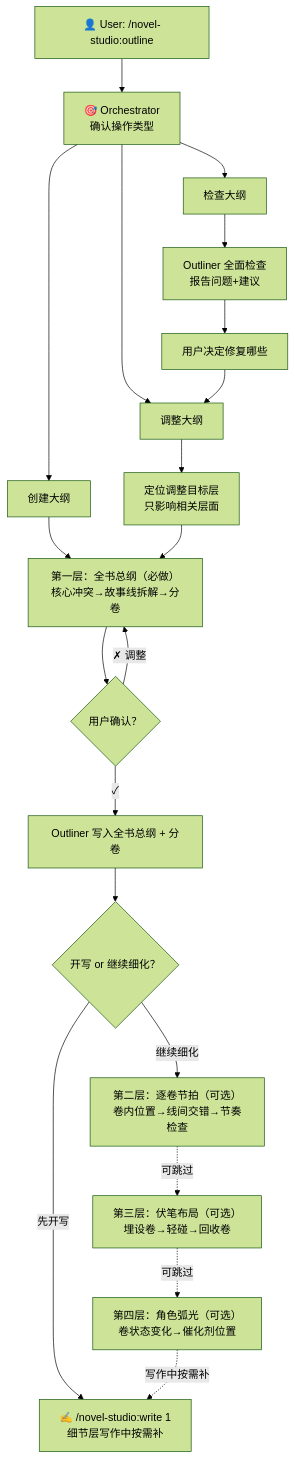
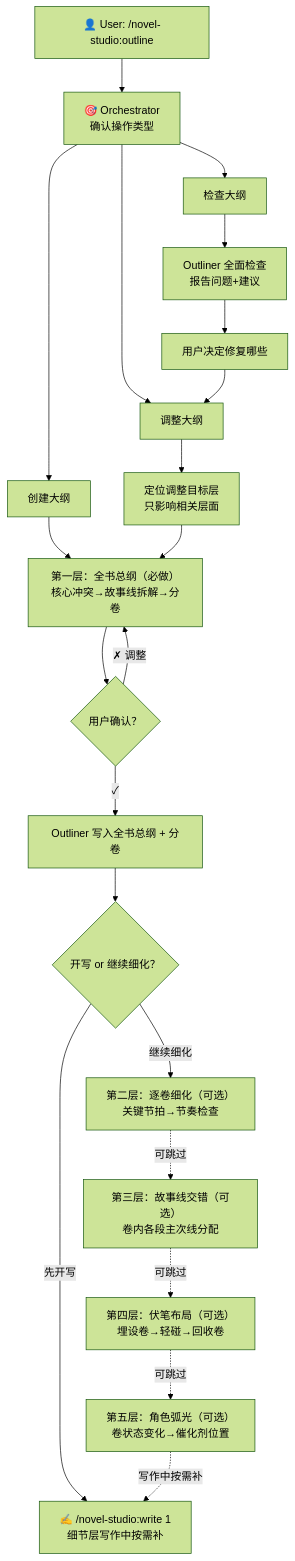
One commit to deathwhispers/novel-studio changed the diagram in workflows/outline.md. Above: the diagram before and after it, drawn with Mermaid (forest theme). The commit also changed other lines of this file and 4 other files, not shown here.

````diff
--- a/workflows/outline.md
+++ b/workflows/outline.md
@@ -11,34 +11,36 @@
 ```mermaid
 flowchart TD
     User["👤 User: /novel-studio:outline"]
     Orchestrator["🎯 Orchestrator<br/>确认操作类型"]
 
     User --> Orchestrator
 
     Orchestrator --> Create["创建大纲"]
     Orchestrator --> Adjust["调整大纲"]
     Orchestrator --> Check["检查大纲"]
 
     Create --> Layer1["第一层：全书总纲（必做）<br/>核心冲突→故事线拆解→分卷"]
     Layer1 --> Confirm1{"用户确认？"}
     Confirm1 -->|"✗ 调整"| Layer1
     Confirm1 -->|"✓"| WriteCore["Outliner 写入全书总纲 + 分卷"]
 
     WriteCore --> Branch{"开写 or 继续细化？"}
     Branch -->|"先开写"| Write["✍️ /novel-studio:write 1<br/>细节层写作中按需补"]
     Branch -->|"继续细化"| Layer2
 
-    Layer2["第二层：逐卷节拍（可选）<br/>卷内位置→线间交错→节奏检查"]
+    Layer2["第二层：逐卷细化（可选）<br/>关键节拍→节奏检查"]
     Layer2 -.->|"可跳过"| Layer3
-    Layer3["第三层：伏笔布局（可选）<br/>埋设卷→轻碰→回收卷"]
+    Layer3["第三层：故事线交错（可选）<br/>卷内各段主次线分配"]
     Layer3 -.->|"可跳过"| Layer4
-    Layer4["第四层：角色弧光（可选）<br/>卷状态变化→催化剂位置"]
-    Layer4 -.->|"写作中按需补"| Write
+    Layer4["第四层：伏笔布局（可选）<br/>埋设卷→轻碰→回收卷"]
+    Layer4 -.->|"可跳过"| Layer5
+    Layer5["第五层：角色弧光（可选）<br/>卷状态变化→催化剂位置"]
+    Layer5 -.->|"写作中按需补"| Write
 
     Adjust --> TargetLayer["定位调整目标层<br/>只影响相关层面"]
     TargetLayer --> Layer1
 
     Check --> OutlinerCheck["Outliner 全面检查<br/>报告问题+建议"]
     OutlinerCheck --> UserDecision["用户决定修复哪些"]
     UserDecision --> Adjust
 ```
````
